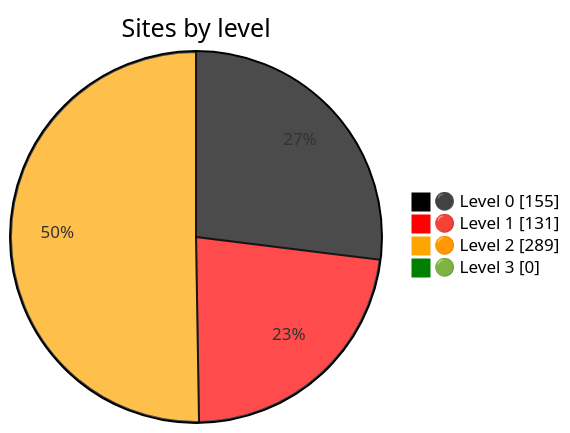
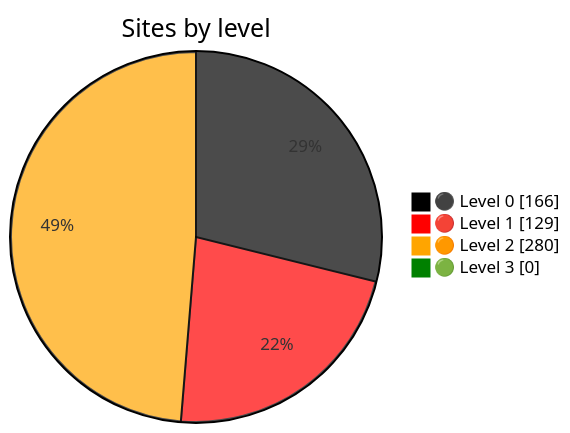
The diagram in README.md (nuuuwan/gov_lk_web_auditor), drawn with Mermaid before and after one commit. The commit also changed other lines of this file and 2606 other files, not shown here.

````diff
--- a/README.md
+++ b/README.md
@@ -24,9 +24,9 @@
 ```mermaid
 %%{init: {"themeVariables":{"pie1":"black","pie2":"red","pie3":"orange","pie4":"green"}}}%%
 pie showData
     title Sites by level
-    "⚫ Level 0" : 155
-    "🔴 Level 1" : 131
-    "🟠 Level 2" : 289
+    "⚫ Level 0" : 166
+    "🔴 Level 1" : 129
+    "🟠 Level 2" : 280
     "🟢 Level 3" : 0
 ```
````
